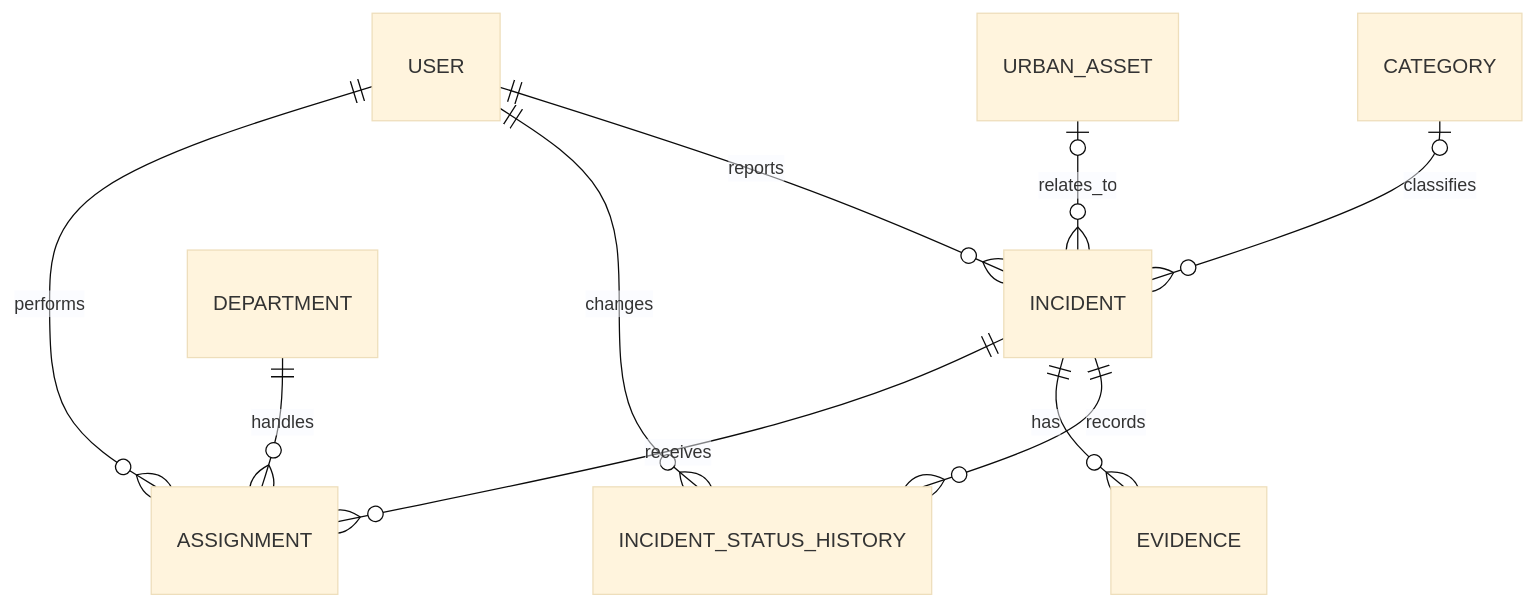
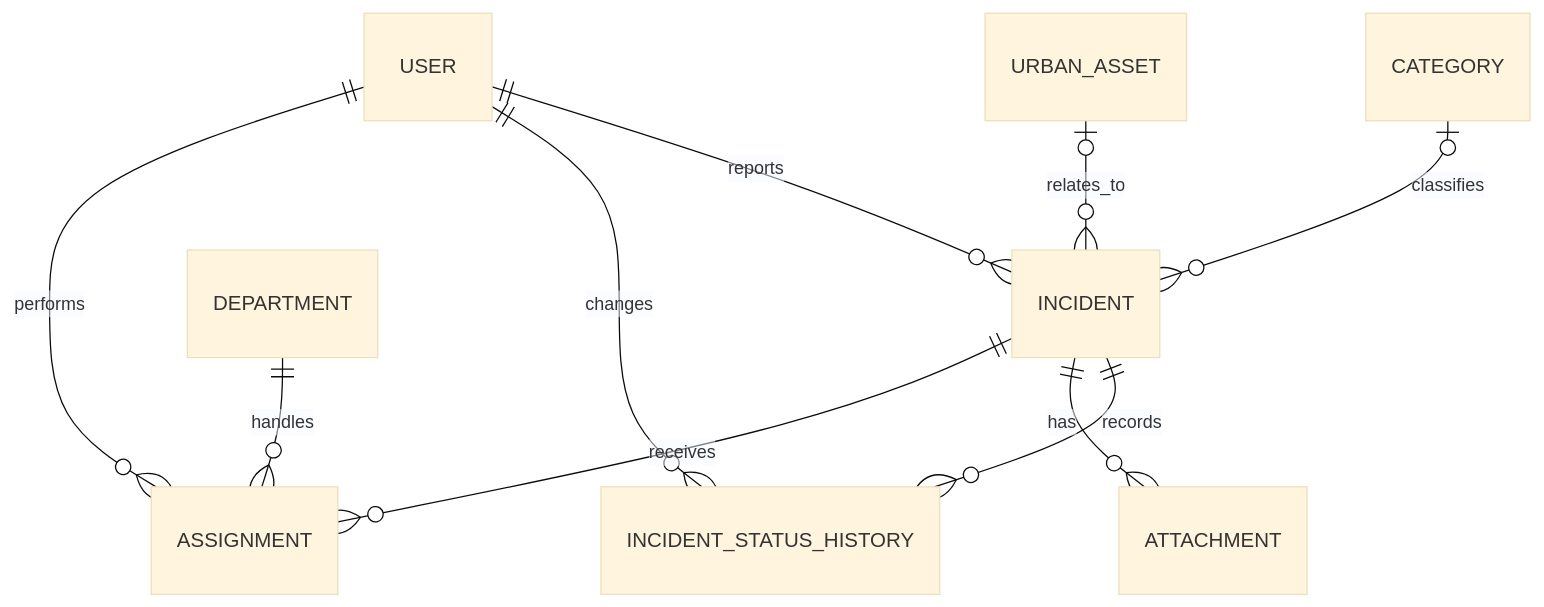
Before and after one commit to grupo-14-UMA/urbanpulse-incident-manager: the third of 3 diagrams in docs/architecture.md, drawn with Mermaid (base theme). The commit also changed other lines of this file and 29 other files, not shown here.

````diff
--- a/docs/architecture.md
+++ b/docs/architecture.md
@@ -162,12 +167,12 @@
 ```mermaid
 erDiagram
     USER ||--o{ INCIDENT : reports
     CATEGORY o|--o{ INCIDENT : classifies
     INCIDENT ||--o{ INCIDENT_STATUS_HISTORY : records
     USER ||--o{ INCIDENT_STATUS_HISTORY : changes
-    INCIDENT ||--o{ EVIDENCE : has
+    INCIDENT ||--o{ ATTACHMENT : has
     INCIDENT ||--o{ ASSIGNMENT : receives
     DEPARTMENT ||--o{ ASSIGNMENT : handles
     USER ||--o{ ASSIGNMENT : performs
     URBAN_ASSET o|--o{ INCIDENT : relates_to
 ```
````
